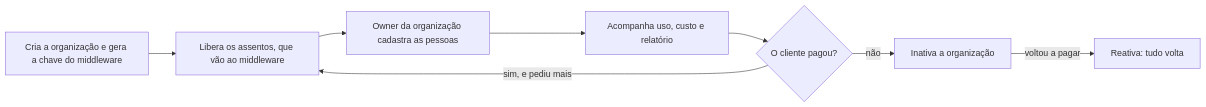
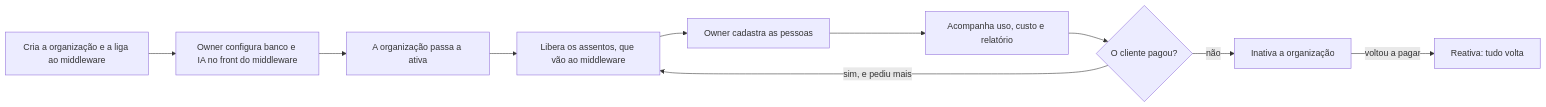
The diagram in docs/leitura/mfs/mf-101-administracao-da-instancia.md (fabioabr/horus-v2-docs), drawn with Mermaid before and after one commit. The commit also changed other lines of this file and 38 other files, not shown here.

````diff
--- a/docs/leitura/mfs/mf-101-administracao-da-instancia.md
+++ b/docs/leitura/mfs/mf-101-administracao-da-instancia.md
@@ -124,10 +147,12 @@
 ```mermaid
 flowchart LR
-  a[Cria a organização e gera a chave do middleware] --> b[Libera os assentos, que vão ao middleware]
-  b --> c[Owner da organização cadastra as pessoas]
-  c --> d[Acompanha uso, custo e relatório]
-  d --> e{O cliente pagou?}
-  e -->|sim, e pediu mais| b
-  e -->|não| f[Inativa a organização]
-  f -->|voltou a pagar| g[Reativa: tudo volta]
+  a[Cria a organização e a liga ao middleware] --> b[Owner configura banco e IA no front do middleware]
+  b --> c[A organização passa a ativa]
+  c --> d[Libera os assentos, que vão ao middleware]
+  d --> e[Owner cadastra as pessoas]
+  e --> f[Acompanha uso, custo e relatório]
+  f --> g{O cliente pagou?}
+  g -->|sim, e pediu mais| d
+  g -->|não| h[Inativa a organização]
+  h -->|voltou a pagar| i[Reativa: tudo volta]
 ```
````
